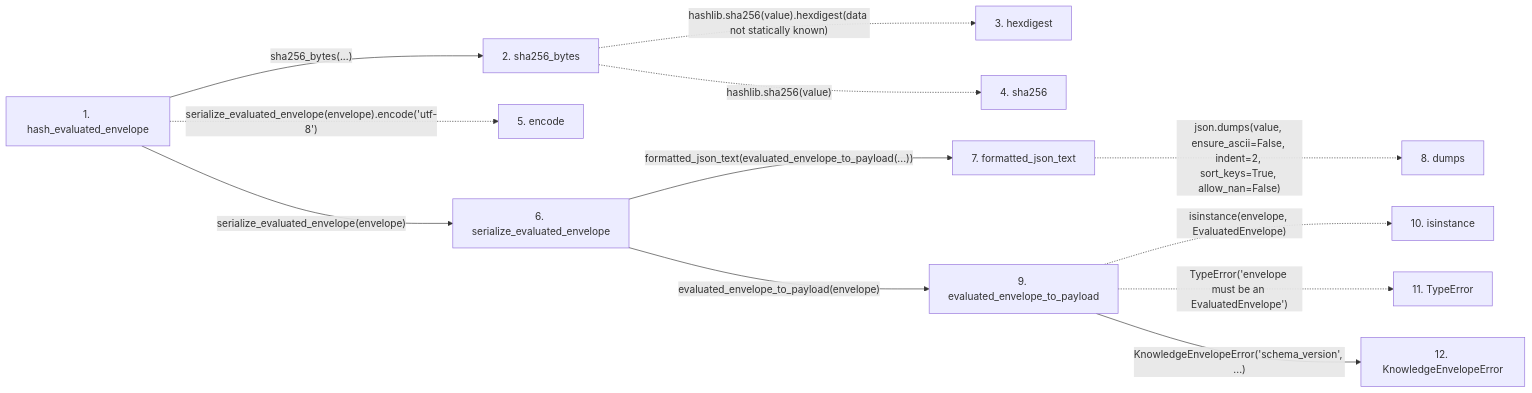
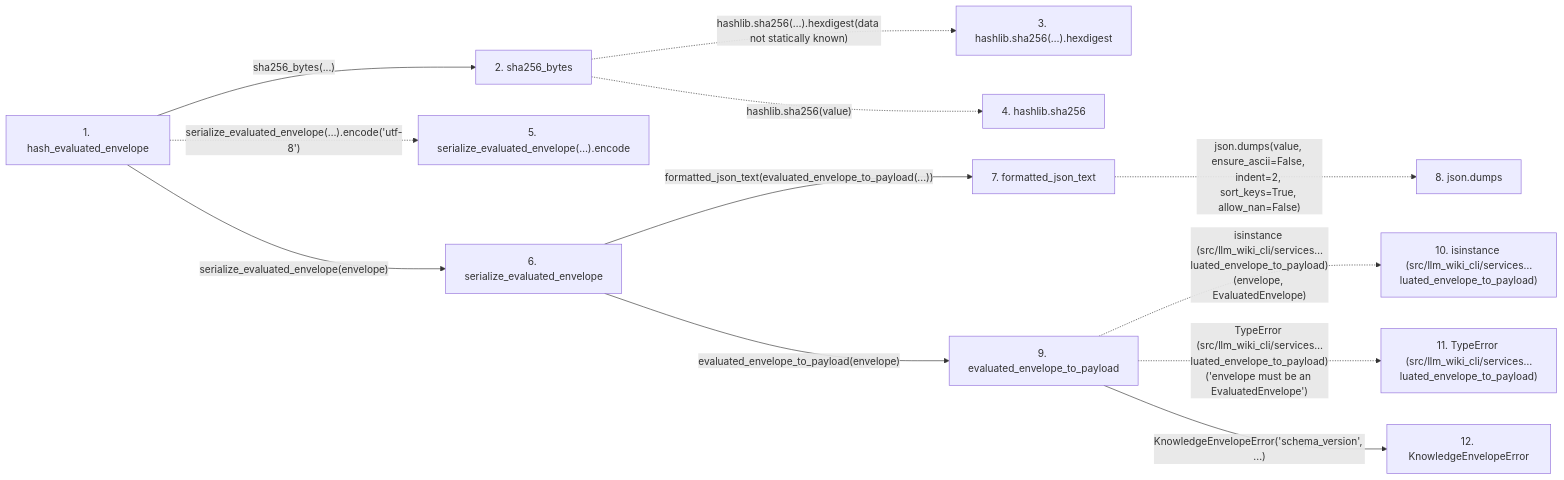
The second of 2 diagrams in docs/llm_wiki/flows/api-hash_evaluated_envelope.md (Denissvgn/python-wiki-llm), drawn with Mermaid before and after one commit. The commit also changed other lines of this file and 719 other files, not shown here.

````diff
--- a/docs/llm_wiki/flows/api-hash_evaluated_envelope.md
+++ b/docs/llm_wiki/flows/api-hash_evaluated_envelope.md
@@ -80,32 +83,32 @@
 ```mermaid
 flowchart LR
     s1["1. hash_evaluated_envelope"]
     s2["2. sha256_bytes"]
-    s3["3. hexdigest"]
-    s4["4. sha256"]
-    s5["5. encode"]
+    s3["3. hashlib.sha256(…).hexdigest"]
+    s4["4. hashlib.sha256"]
+    s5["5. serialize_evaluated_envelope(…).encode"]
     s6["6. serialize_evaluated_envelope"]
     s7["7. formatted_json_text"]
-    s8["8. dumps"]
+    s8["8. json.dumps"]
     s9["9. evaluated_envelope_to_payload"]
-    s10["10. isinstance"]
-    s11["11. TypeError"]
+    s10["10. isinstance (src/llm_wiki_cli/services…luated_envelope_to_payload)"]
+    s11["11. TypeError (src/llm_wiki_cli/services…luated_envelope_to_payload)"]
     s12["12. KnowledgeEnvelopeError"]
     s1 -->|"sha256_bytes(...)"| s2
-    s2 -. "hashlib.sha256(value).hexdigest(data not statically known)" .-> s3
+    s2 -. "hashlib.sha256(…).hexdigest(data not statically known)" .-> s3
     s2 -. "hashlib.sha256(value)" .-> s4
-    s1 -. "serialize_evaluated_envelope(envelope).encode('utf-8')" .-> s5
+    s1 -. "serialize_evaluated_envelope(…).encode('utf-8')" .-> s5
     s1 -->|"serialize_evaluated_envelope(envelope)"| s6
     s6 -->|"formatted_json_text(evaluated_envelope_to_payload(...))"| s7
     s7 -. "json.dumps(value, ensure_ascii=False, indent=2, sort_keys=True, allow_nan=False)" .-> s8
     s6 -->|"evaluated_envelope_to_payload(envelope)"| s9
-    s9 -. "isinstance(envelope, EvaluatedEnvelope)" .-> s10
-    s9 -. "TypeError('envelope must be an EvaluatedEnvelope')" .-> s11
+    s9 -. "isinstance (src/llm_wiki_cli/services…luated_envelope_to_payload)(envelope, EvaluatedEnvelope)" .-> s10
+    s9 -. "TypeError (src/llm_wiki_cli/services…luated_envelope_to_payload)('envelope must be an EvaluatedEnvelope')" .-> s11
     s9 -->|"KnowledgeEnvelopeError('schema_version', ...)"| s12
     click s1 "../modules/knowledge_envelope.md"
     click s2 "../modules/knowledge_evidence.md"
     click s6 "../modules/knowledge_envelope.md"
     click s7 "../modules/knowledge_evidence.md"
     click s9 "../modules/knowledge_envelope.md"
     click s12 "../modules/knowledge_envelope.md"
 ```
````
